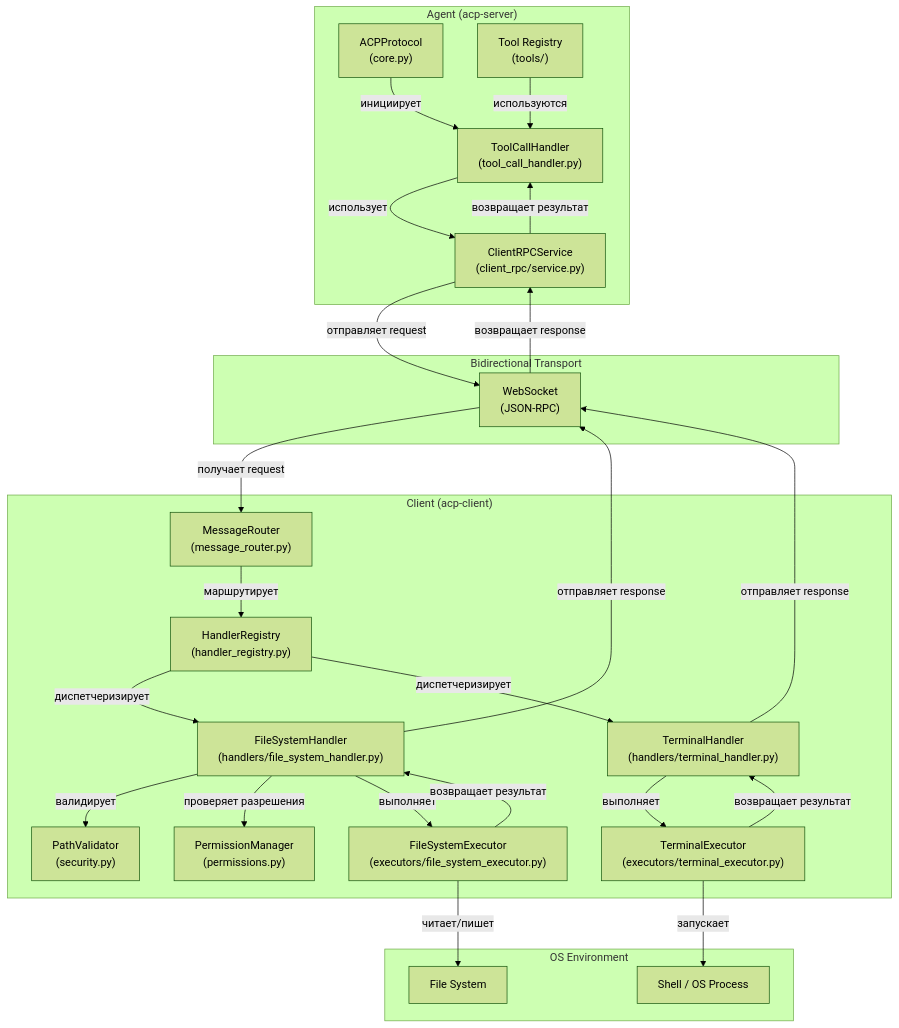
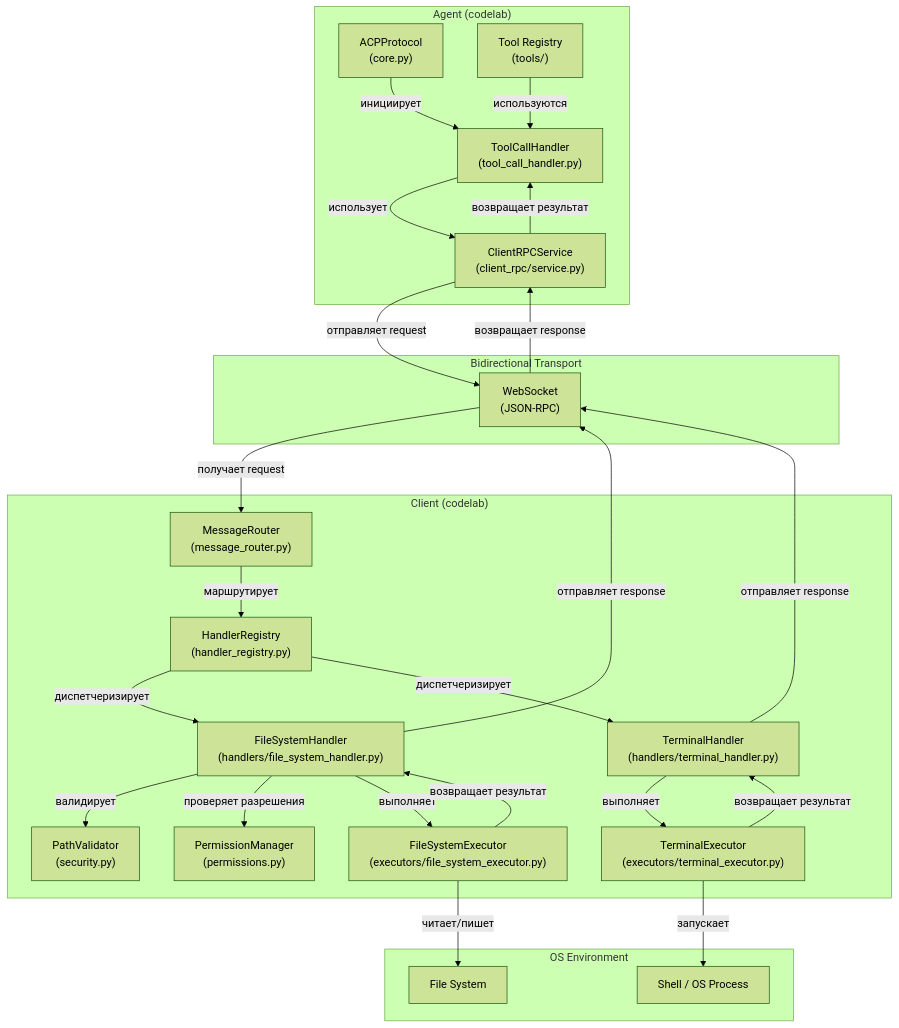
One commit to pese-git/acp-workspace changed the first of 6 diagrams in doc/architecture/CLIENT_METHODS_ARCHITECTURE.md. Above: the diagram before and after it, drawn with Mermaid (forest theme). The commit also changed other lines of this file and 107 other files, not shown here.

````diff
--- a/doc/architecture/CLIENT_METHODS_ARCHITECTURE.md
+++ b/doc/architecture/CLIENT_METHODS_ARCHITECTURE.md
@@ -1383,59 +1383,59 @@
 ```mermaid
 graph TB
-    subgraph Agent["Agent (acp-server)"]
+    subgraph Agent["Agent (codelab)"]
         ACPProtocol["ACPProtocol<br/>(core.py)"]
         ToolHandler["ToolCallHandler<br/>(tool_call_handler.py)"]
         ClientRPCService["ClientRPCService<br/>(client_rpc/service.py)"]
         Tools["Tool Registry<br/>(tools/)"]
     end
     
     subgraph Transport["Bidirectional Transport"]
         WebSocket["WebSocket<br/>(JSON-RPC)"]
     end
     
-    subgraph Client["Client (acp-client)"]
+    subgraph Client["Client (codelab)"]
         MessageRouter["MessageRouter<br/>(message_router.py)"]
         HandlerReg["HandlerRegistry<br/>(handler_registry.py)"]
         FSHandler["FileSystemHandler<br/>(handlers/file_system_handler.py)"]
         TermHandler["TerminalHandler<br/>(handlers/terminal_handler.py)"]
         FSExecutor["FileSystemExecutor<br/>(executors/file_system_executor.py)"]
         TermExecutor["TerminalExecutor<br/>(executors/terminal_executor.py)"]
         PermManager["PermissionManager<br/>(permissions.py)"]
         PathValidator["PathValidator<br/>(security.py)"]
     end
     
     subgraph OS["OS Environment"]
         FileSystem["File System"]
         Shell["Shell / OS Process"]
     end
     
     ACPProtocol -->|инициирует| ToolHandler
     ToolHandler -->|использует| ClientRPCService
     Tools -->|используются| ToolHandler
     
     ClientRPCService -->|отправляет request| WebSocket
     
     WebSocket -->|получает request| MessageRouter
     MessageRouter -->|маршрутирует| HandlerReg
     
     HandlerReg -->|диспетчеризирует| FSHandler
     HandlerReg -->|диспетчеризирует| TermHandler
     
     FSHandler -->|валидирует| PathValidator
     FSHandler -->|проверяет разрешения| PermManager
     FSHandler -->|выполняет| FSExecutor
     
     TermHandler -->|выполняет| TermExecutor
     
     FSExecutor -->|читает/пишет| FileSystem
     TermExecutor -->|запускает| Shell
     
     FSExecutor -->|возвращает результат| FSHandler
     TermExecutor -->|возвращает результат| TermHandler
     
     FSHandler -->|отправляет response| WebSocket
     TermHandler -->|отправляет response| WebSocket
     
     WebSocket -->|возвращает response| ClientRPCService
     ClientRPCService -->|возвращает результат| ToolHandler
 ```
````
